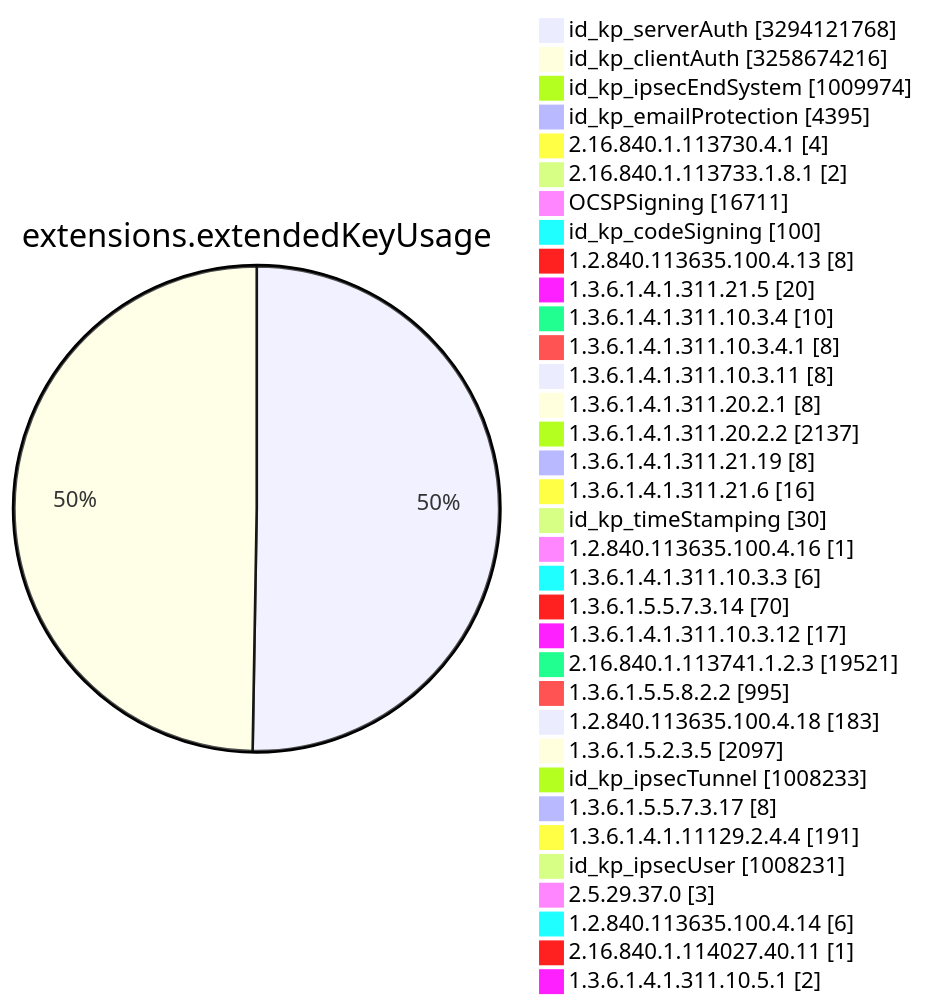
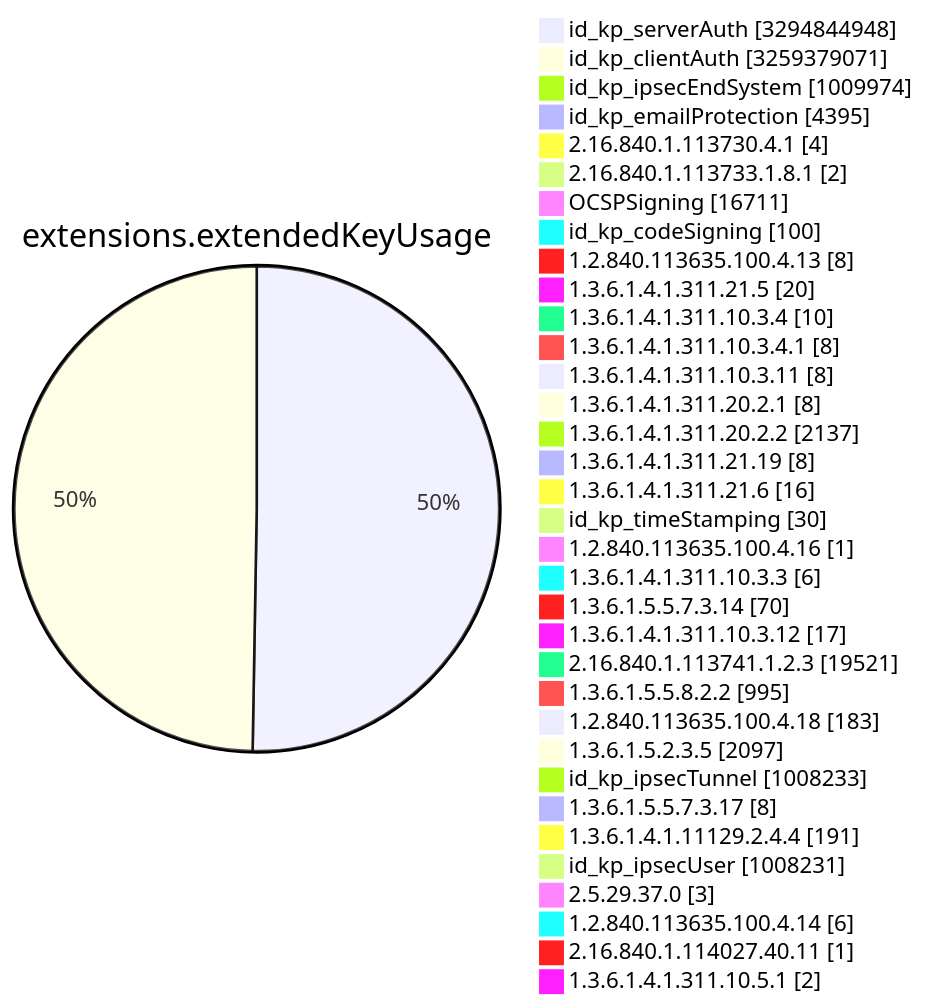
Before and after one commit to christiankrug/ctmonitor_visualization: diagram 11 of 15 in TOTAL/README.md, drawn with Mermaid. The commit also changed other lines of this file, not shown here.

````diff
--- a/TOTAL/README.md
+++ b/TOTAL/README.md
@@ -4120,38 +4120,38 @@
 ```mermaid
 pie showData
 title extensions.extendedKeyUsage
-"id_kp_serverAuth" :3294121768
-"id_kp_clientAuth" :3258674216
+"id_kp_serverAuth" :3294844948
+"id_kp_clientAuth" :3259379071
 "id_kp_ipsecEndSystem" :1009974
 "id_kp_emailProtection" :4395
 "2.16.840.1.113730.4.1" :4
 "2.16.840.1.113733.1.8.1" :2
 "OCSPSigning" :16711
 "id_kp_codeSigning" :100
 "1.2.840.113635.100.4.13" :8
 "1.3.6.1.4.1.311.21.5" :20
 "1.3.6.1.4.1.311.10.3.4" :10
 "1.3.6.1.4.1.311.10.3.4.1" :8
 "1.3.6.1.4.1.311.10.3.11" :8
 "1.3.6.1.4.1.311.20.2.1" :8
 "1.3.6.1.4.1.311.20.2.2" :2137
 "1.3.6.1.4.1.311.21.19" :8
 "1.3.6.1.4.1.311.21.6" :16
 "id_kp_timeStamping" :30
 "1.2.840.113635.100.4.16" :1
 "1.3.6.1.4.1.311.10.3.3" :6
 "1.3.6.1.5.5.7.3.14" :70
 "1.3.6.1.4.1.311.10.3.12" :17
 "2.16.840.1.113741.1.2.3" :19521
 "1.3.6.1.5.5.8.2.2" :995
 "1.2.840.113635.100.4.18" :183
 "1.3.6.1.5.2.3.5" :2097
 "id_kp_ipsecTunnel" :1008233
 "1.3.6.1.5.5.7.3.17" :8
 "1.3.6.1.4.1.11129.2.4.4" :191
 "id_kp_ipsecUser" :1008231
 "2.5.29.37.0" :3
 "1.2.840.113635.100.4.14" :6
 "2.16.840.1.114027.40.11" :1
 "1.3.6.1.4.1.311.10.5.1" :2
 ```
````
